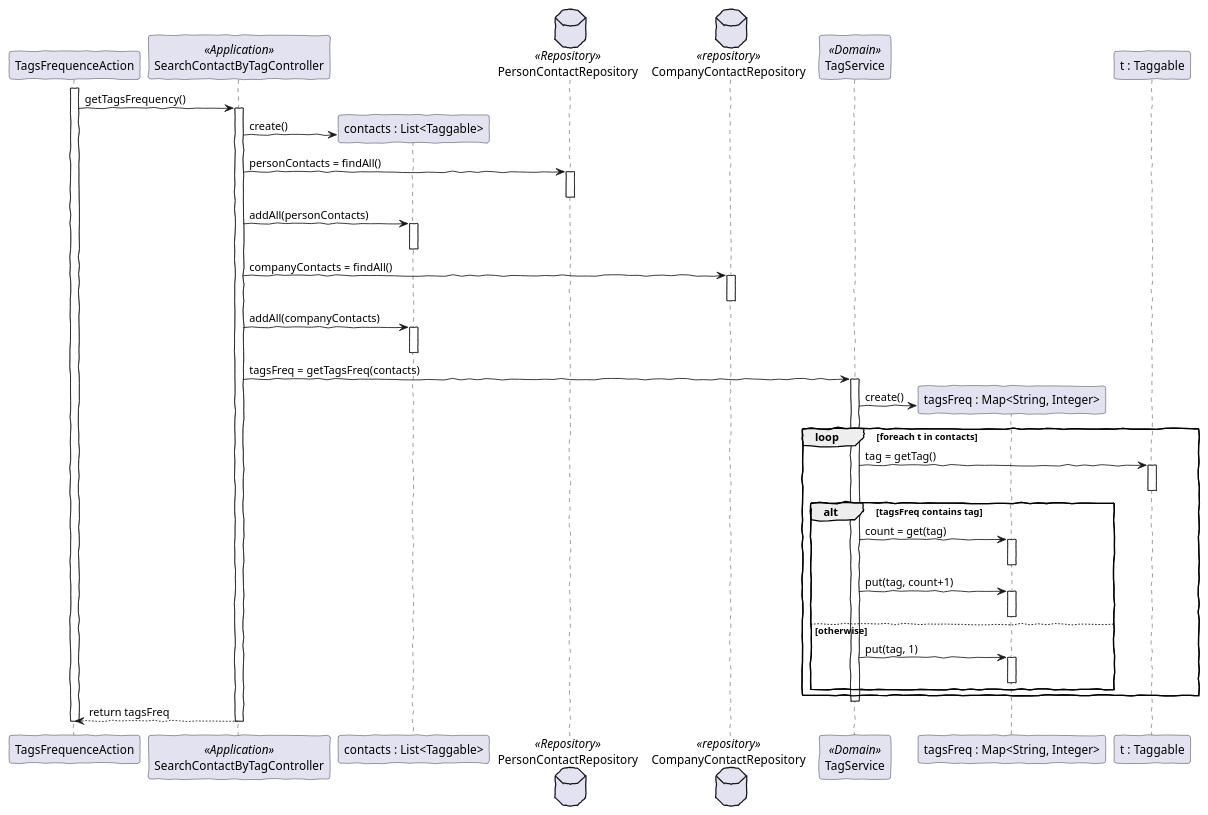
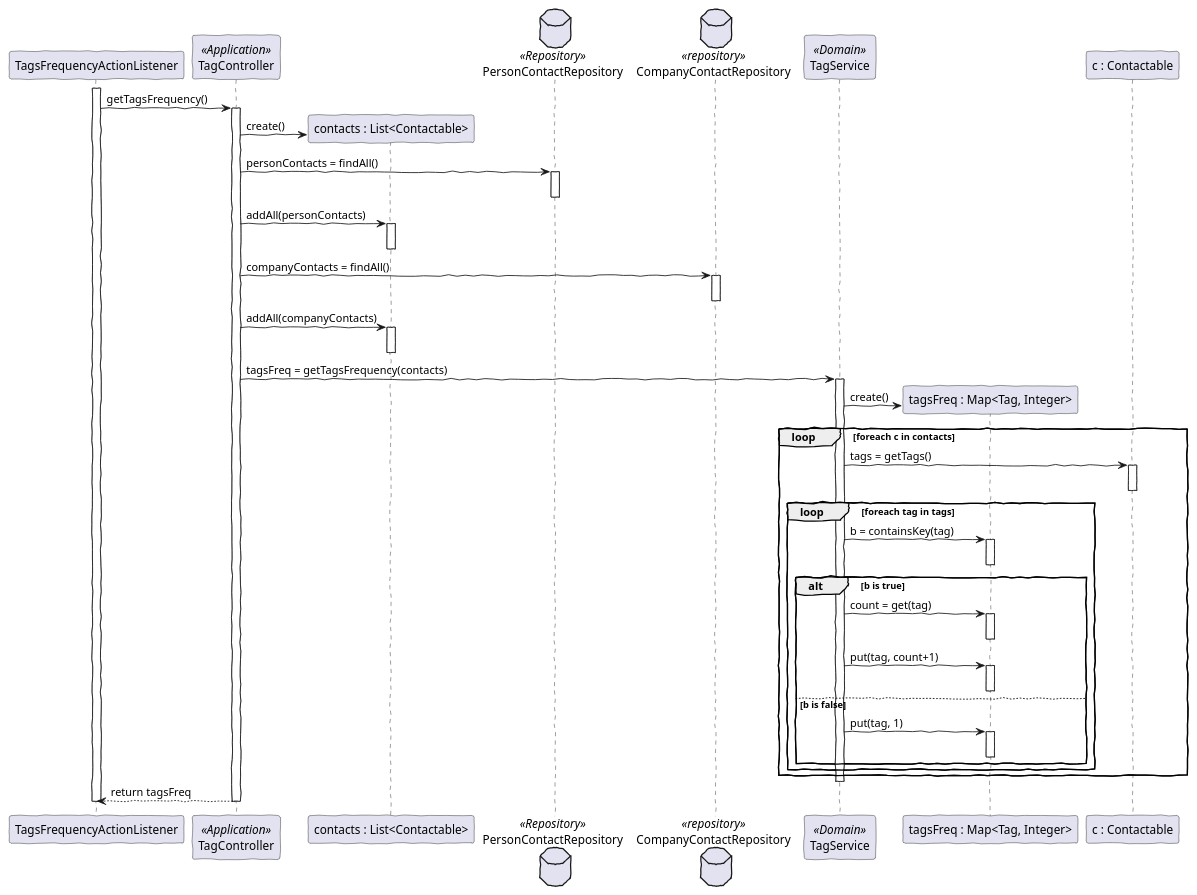
Before and after one commit to MikeTekOn/lapr4-2017-2dd: the diagram in src/main/java/lapr4/blue/s3/core/n1151159/contactswithtags/display_tags_with_occurrences_sd.puml, drawn with PlantUML. The commit also changed 18 other files, not shown here.

```diff
--- a/src/main/java/lapr4/blue/s3/core/n1151159/contactswithtags/display_tags_with_occurrences_sd.puml
+++ b/src/main/java/lapr4/blue/s3/core/n1151159/contactswithtags/display_tags_with_occurrences_sd.puml
@@ -1,64 +1,69 @@
-@startuml search_contacts_by_tag_ssd.png
+@startuml display_tags_with_occurrences_sd.png
 
 'http://plantuml.com/skinparam.html'
 skinparam handwritten true
 skinparam defaultFontName FG Virgil
 skinparam shadowing false
 
-participant "TagsFrequenceAction" as action
-participant "SearchContactByTagController" as ctrl <<Application>>
-participant "contacts : List<Taggable>" as contacts
+participant "TagsFrequencyActionListener" as action
+participant "TagController" as ctrl <<Application>>
+participant "contacts : List<Contactable>" as contacts
 database PersonContactRepository as pRepo <<Repository>>
 database CompanyContactRepository as cRepo <<repository>>
 participant TagService as serv <<Domain>>
-participant "tagsFreq : Map<String, Integer>" as tf
-participant "t : Taggable" as t
+participant "tagsFreq : Map<Tag, Integer>" as tf
+participant "c : Contactable" as t
 
 activate action
 action -> ctrl : getTagsFrequency()
 activate ctrl
 create contacts
 ctrl -> contacts : create()
 ctrl -> pRepo : personContacts = findAll()
 activate pRepo
 deactivate pRepo
 ctrl -> contacts : addAll(personContacts)
 activate contacts
 deactivate contacts
 ctrl -> cRepo : companyContacts = findAll()
 activate cRepo
 deactivate cRepo
 ctrl -> contacts : addAll(companyContacts)
 activate contacts
 deactivate contacts
 
-ctrl -> serv : tagsFreq = getTagsFreq(contacts)
+ctrl -> serv : tagsFreq = getTagsFrequency(contacts)
 activate serv
 
 create tf
 serv -> tf : create()
-loop foreach t in contacts
-    serv -> t : tag = getTag()
+loop foreach c in contacts
+    serv -> t : tags = getTags()
     activate t
     deactivate t
-    alt tagsFreq contains tag
-        serv -> tf : count = get(tag)
+    loop foreach tag in tags
+        serv -> tf : b = containsKey(tag)
         activate tf
         deactivate tf
-        serv -> tf : put(tag, count+1)
-        activate tf
-        deactivate tf
-    else otherwise
-        serv -> tf : put(tag, 1)
-        activate tf
-        deactivate tf
+        alt b is true
+            serv -> tf : count = get(tag)
+            activate tf
+            deactivate tf
+            serv -> tf : put(tag, count+1)
+            activate tf
+            deactivate tf
+        else b is false
+            serv -> tf : put(tag, 1)
+            activate tf
+            deactivate tf
+        end
     end
 end
 deactivate serv
 
 
 action <-- ctrl : return tagsFreq
 deactivate ctrl
 deactivate action
 
 @enduml
```
